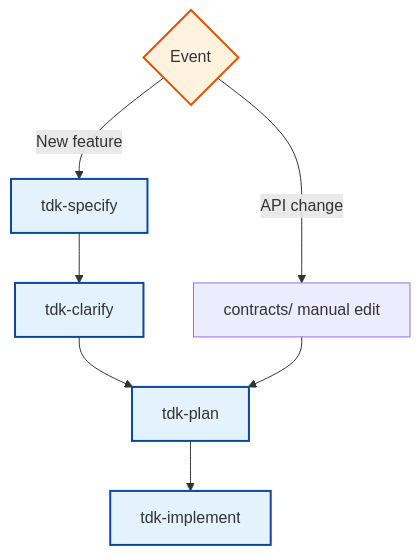
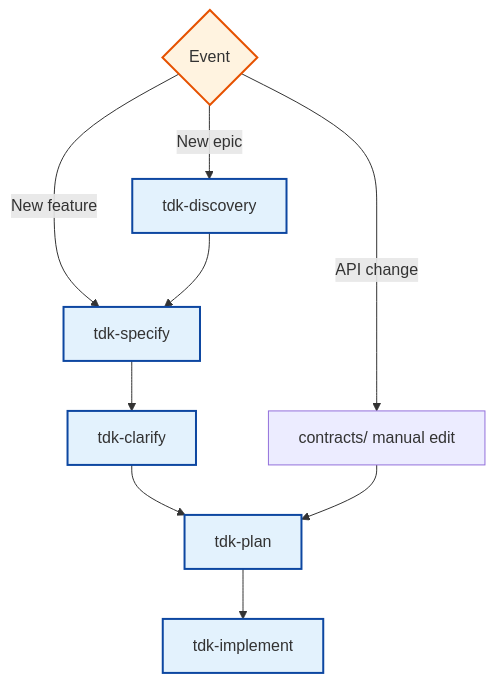
One commit to vinhltt/tdk changed the eighth of 8 diagrams in .specify/docs/guides/document-flow.md. Above: the diagram before and after it, drawn with Mermaid. The commit also changed other lines of this file and 35 other files, not shown here.

````diff
--- a/.specify/docs/guides/document-flow.md
+++ b/.specify/docs/guides/document-flow.md
@@ -327,18 +343,20 @@
 ```mermaid
 flowchart TD
     START{Event}
 
+    START -->|New epic| DISCOVERY[tdk-discovery]
     START -->|New feature| SPECIFY[tdk-specify]
     START -->|API change| UPDATE_CONTRACT[contracts/ manual edit]
 
+    DISCOVERY --> SPECIFY
     SPECIFY --> CLARIFY[tdk-clarify]
     CLARIFY --> PLAN[tdk-plan]
     PLAN --> IMPLEMENT[tdk-implement]
     
     UPDATE_CONTRACT --> PLAN
 
     classDef event fill:#fff3e0,stroke:#e65100,stroke-width:2px
     classDef command fill:#e3f2fd,stroke:#0d47a1,stroke-width:2px
     class START event
-    class SPECIFY,CLARIFY,PLAN,IMPLEMENT command
+    class DISCOVERY,SPECIFY,CLARIFY,PLAN,IMPLEMENT command
 ```
````
